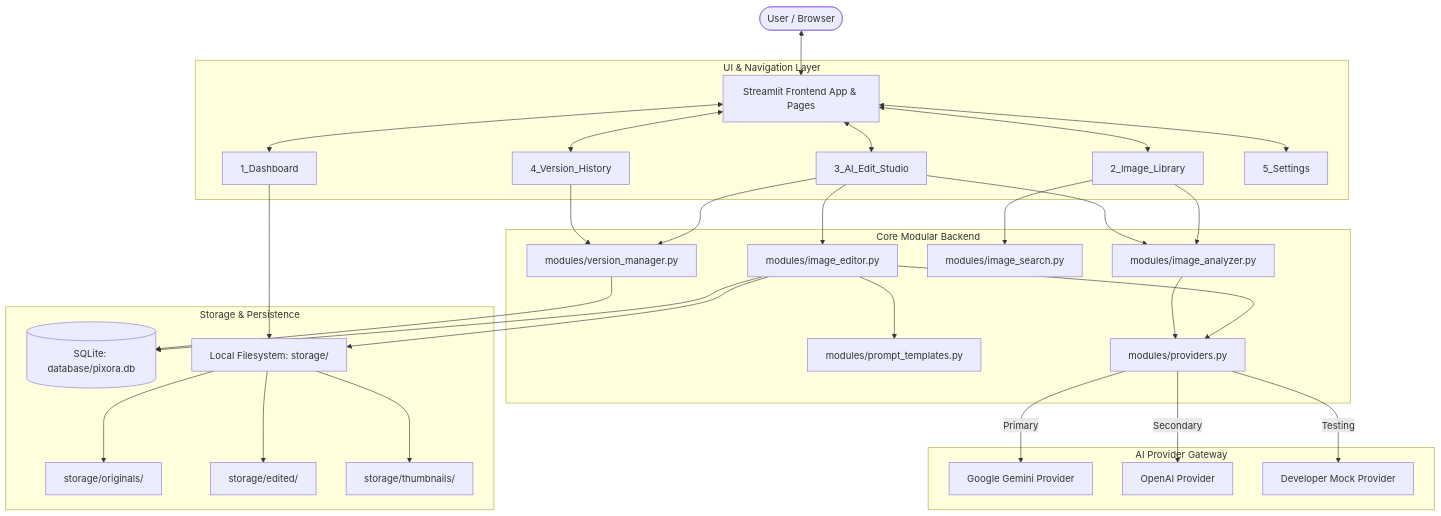
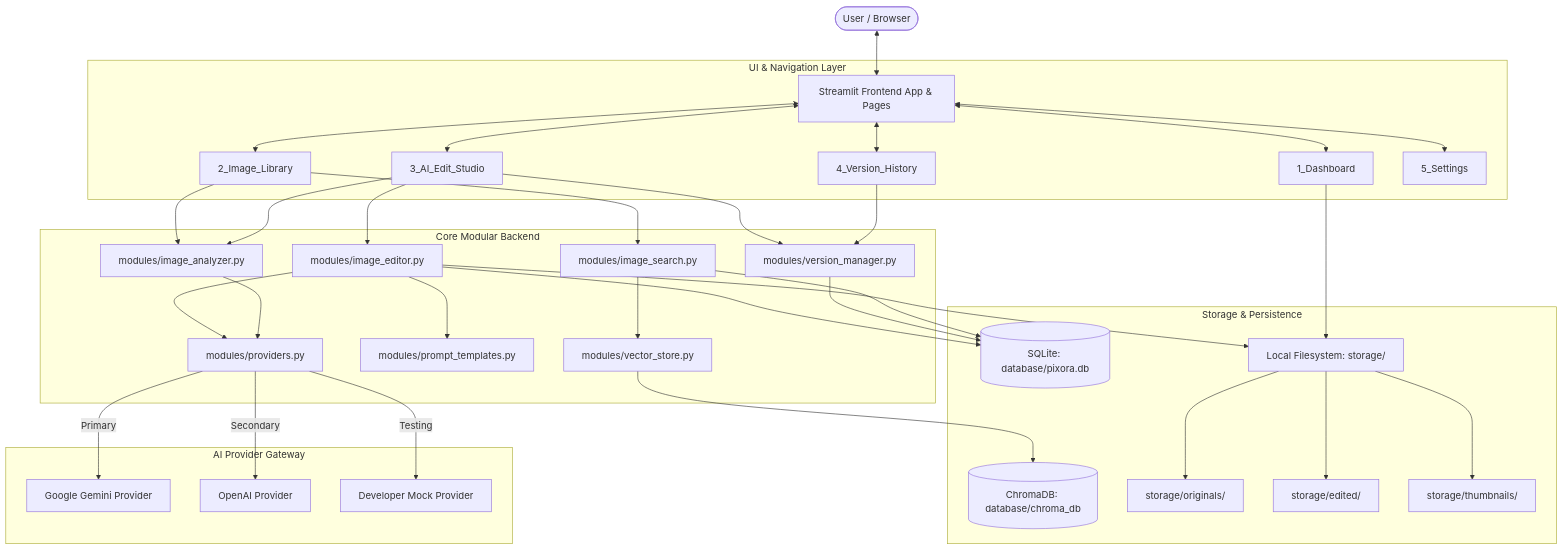
Before and after one commit to gurroopsingh/Pixora-AI-Image-Editor: the diagram in README.md, drawn with Mermaid. The commit also changed other lines of this file, not shown here.

Commit message:
docs: update README with ChromaDB vector store architecture and test suite details

````diff
--- a/README.md
+++ b/README.md
@@ -62,35 +63,37 @@
 ```mermaid
 flowchart TD
     User([User / Browser]) <--> UI[Streamlit Frontend App & Pages]
     
     subgraph UI_Layer [UI & Navigation Layer]
         UI <--> P1[1_Dashboard]
         UI <--> P2[2_Image_Library]
         UI <--> P3[3_AI_Edit_Studio]
         UI <--> P4[4_Version_History]
         UI <--> P5[5_Settings]
     end
 
     subgraph Core_Modules [Core Modular Backend]
         P3 --> Editor[modules/image_editor.py]
         P2 & P3 --> Analyzer[modules/image_analyzer.py]
         P2 --> Search[modules/image_search.py]
+        Search --> VectorStore[modules/vector_store.py]
         P3 & P4 --> VerMgr[modules/version_manager.py]
         Editor --> Templates[modules/prompt_templates.py]
         Editor & Analyzer --> Providers[modules/providers.py]
     end
 
     subgraph Provider_Abstraction [AI Provider Gateway]
         Providers -->|Primary| Gemini[Google Gemini Provider]
         Providers -->|Secondary| OpenAI[OpenAI Provider]
         Providers -->|Testing| Mock[Developer Mock Provider]
     end
 
     subgraph Storage_Layer [Storage & Persistence]
-        Editor & VerMgr --> DB[(SQLite: database/pixora.db)]
+        Editor & VerMgr & Search --> DB[(SQLite: database/pixora.db)]
+        VectorStore --> Chroma[(ChromaDB: database/chroma_db)]
         Editor & P1 --> DiskStore[Local Filesystem: storage/]
         DiskStore --> Orig[storage/originals/]
         DiskStore --> Edit[storage/edited/]
         DiskStore --> Thumb[storage/thumbnails/]
     end
 ```
````
